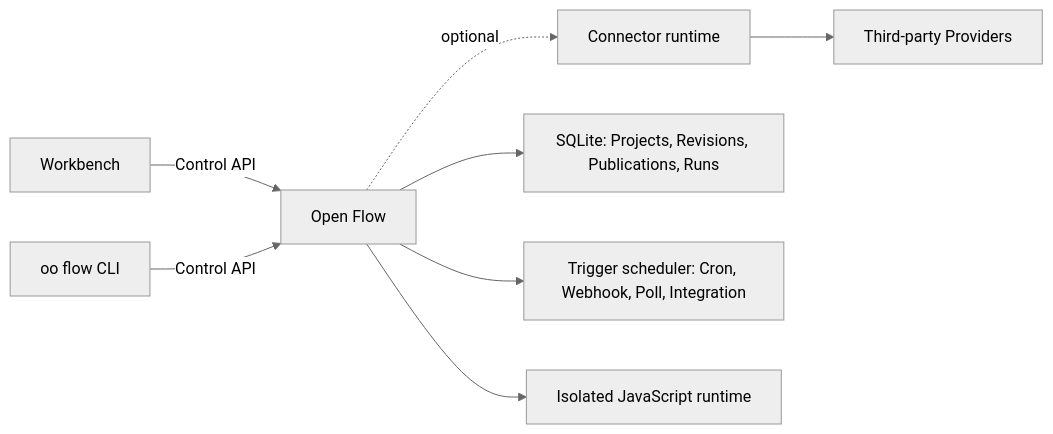
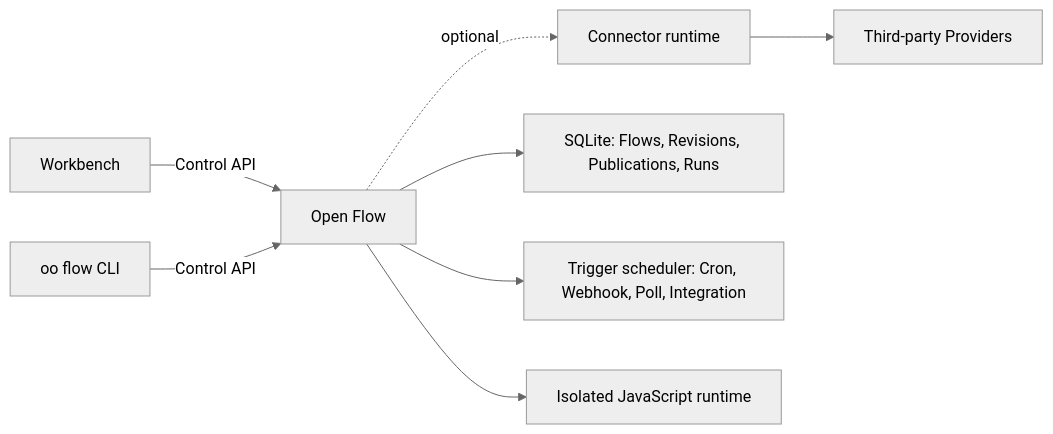
One commit to oomol-lab/open-flow changed the diagram in README.md. Above: the diagram before and after it, drawn with Mermaid (neutral theme). The commit also changed other lines of this file and 26 other files, not shown here.

````diff
--- a/README.md
+++ b/README.md
@@ -139,10 +139,10 @@
 ```mermaid
 flowchart LR
   Workbench["Workbench"] -->|"Control API"| Server["Open Flow"]
   CLI["oo flow CLI"] -->|"Control API"| Server
   Server -. "optional" .-> Connector["Connector runtime"]
   Connector --> Providers["Third-party Providers"]
-  Server --> Store["SQLite: Projects, Revisions, Publications, Runs"]
+  Server --> Store["SQLite: Flows, Revisions, Publications, Runs"]
   Server --> Triggers["Trigger scheduler: Cron, Webhook, Poll, Integration"]
   Server --> Runtime["Isolated JavaScript runtime"]
 ```
````
